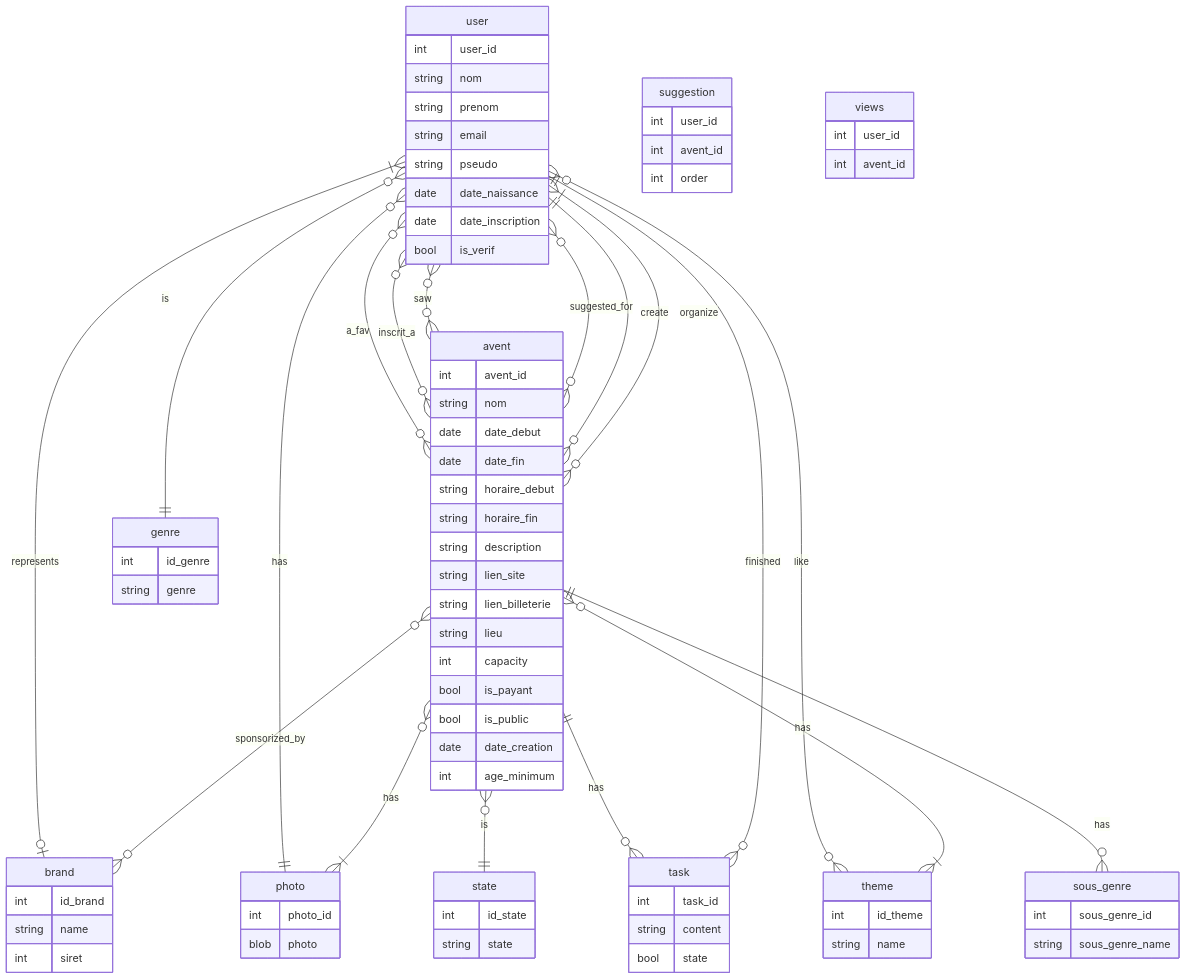
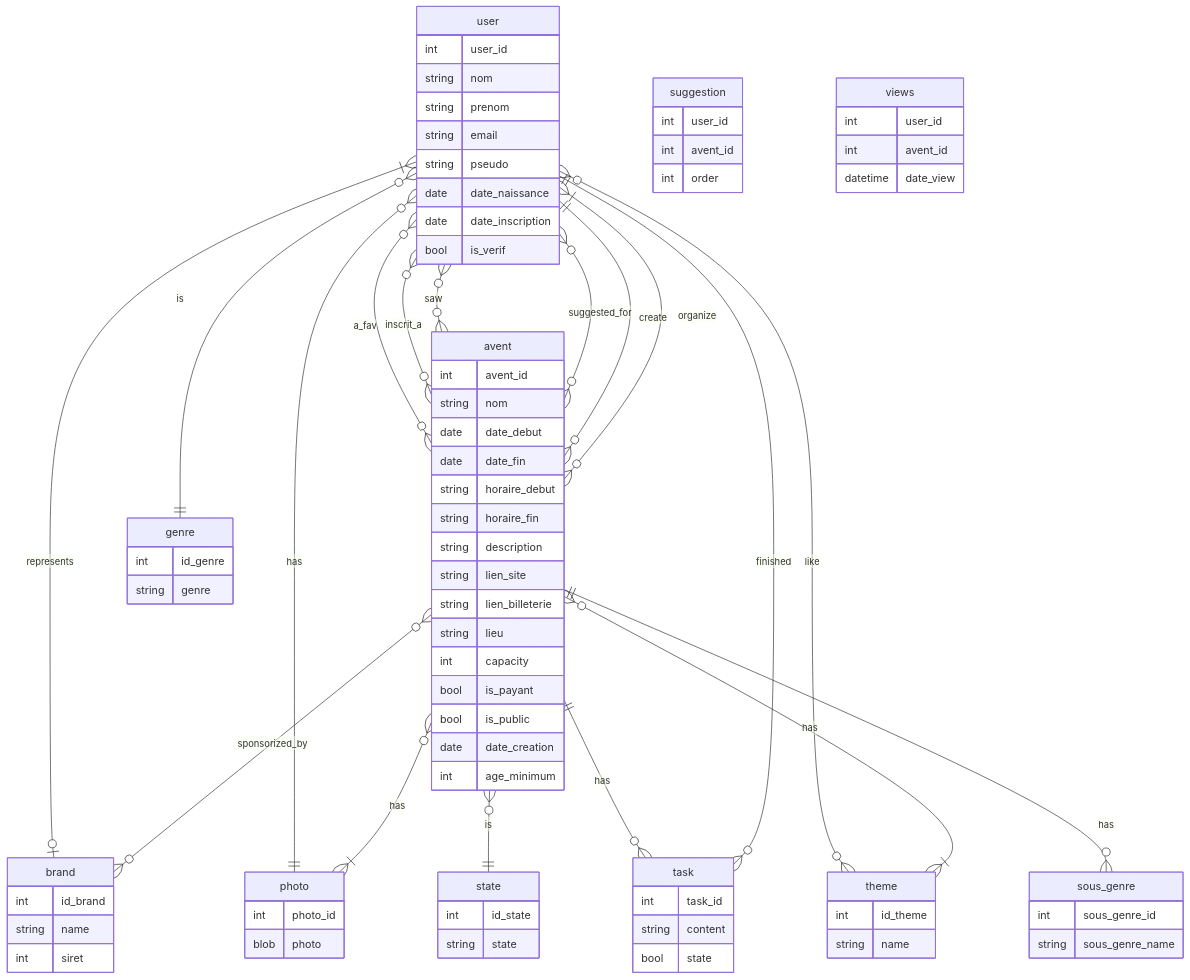
Before and after one commit to AnisChara/Avent: the diagram in Doc/db_diagramm.md, drawn with Mermaid. The commit also changed 3 other files, not shown here.

```diff
--- a/Doc/db_diagramm.md
+++ b/Doc/db_diagramm.md
@@ -79,6 +79,7 @@
     views {
         int user_id
         int avent_id
+        datetime date_view
     }
 
     user }|--o| brand : represents
```
